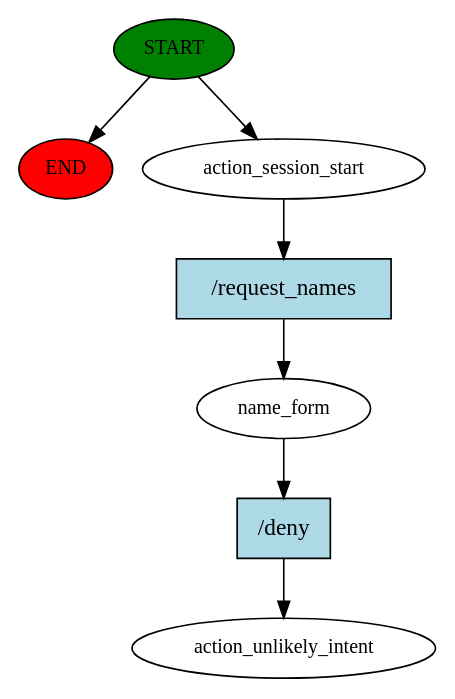
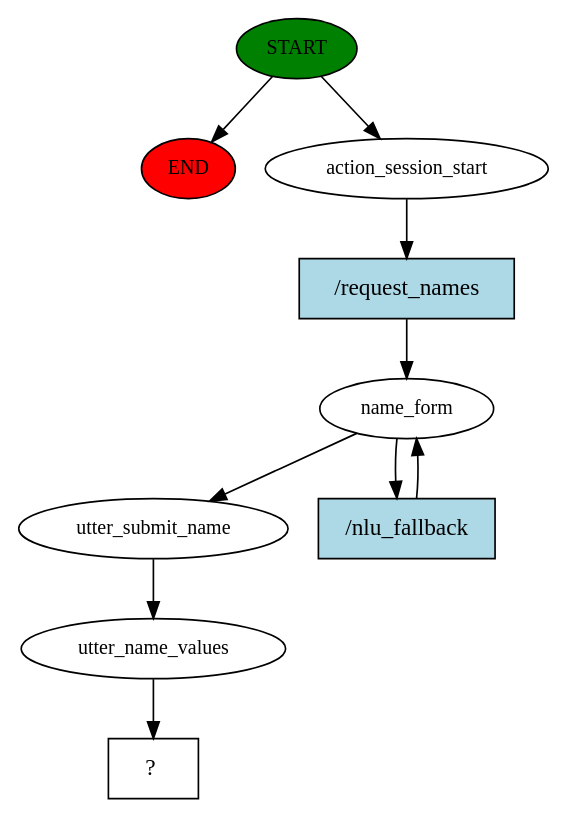
One commit to subrockmann/booking_bot changed the diagram in story_graph.dot. Above: the diagram before and after it, drawn with Graphviz. The commit also changed 5 other files, not shown here.

```diff
--- a/story_graph.dot
+++ b/story_graph.dot
@@ -1,15 +1,20 @@
 digraph  {
 0 [class="start active", fillcolor=green, fontsize=12, label=START, style=filled];
 "-1" [class=end, fillcolor=red, fontsize=12, label=END, style=filled];
 1 [class=active, fontsize=12, label=action_session_start];
 2 [class=active, fontsize=12, label=name_form];
-3 [class="dashed active", fontsize=12, label=action_unlikely_intent];
-4 [class="intent active", fillcolor=lightblue, label="/request_names", shape=rect, style=filled];
-5 [class="intent active", fillcolor=lightblue, label="/deny", shape=rect, style=filled];
+5 [class=active, fontsize=12, label=utter_submit_name];
+6 [class=active, fontsize=12, label=utter_name_values];
+7 [class="intent dashed active", label="  ?  ", shape=rect];
+8 [class="intent active", fillcolor=lightblue, label="/request_names", shape=rect, style=filled];
+9 [class="intent active", fillcolor=lightblue, label="/nlu_fallback", shape=rect, style=filled];
 0 -> "-1"  [class="", key=NONE, label=""];
 0 -> 1  [class=active, key=NONE, label=""];
-1 -> 4  [class=active, key=0];
-2 -> 5  [class=active, key=0];
-4 -> 2  [class=active, key=0];
-5 -> 3  [class=active, key=0];
+1 -> 8  [class=active, key=0];
+2 -> 5  [class=active, key=NONE, label=""];
+2 -> 9  [class=active, key=0];
+5 -> 6  [class=active, key=NONE, label=""];
+6 -> 7  [class=active, key=NONE, label=""];
+8 -> 2  [class=active, key=0];
+9 -> 2  [class=active, key=0];
 }
```
